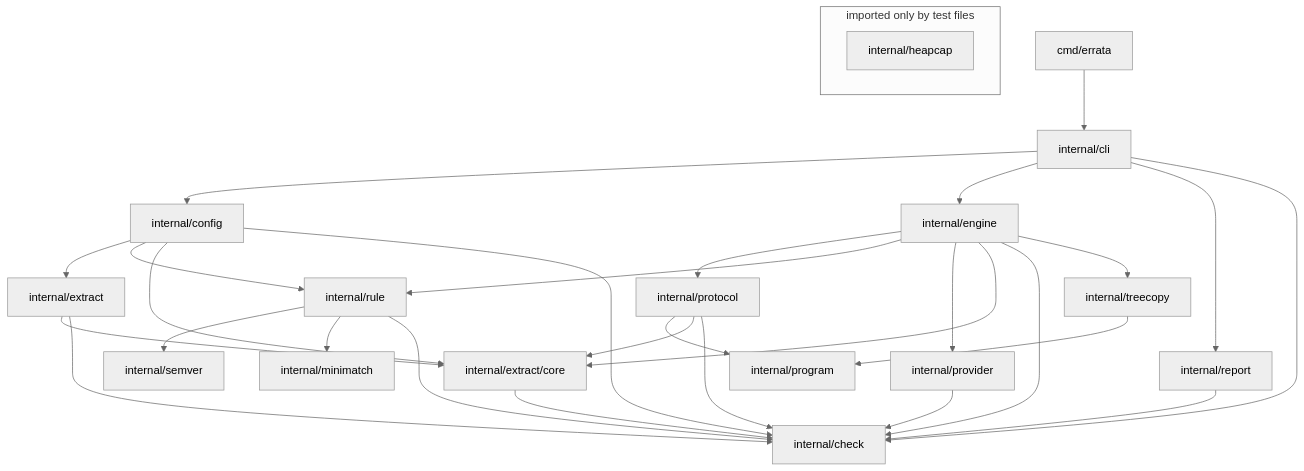
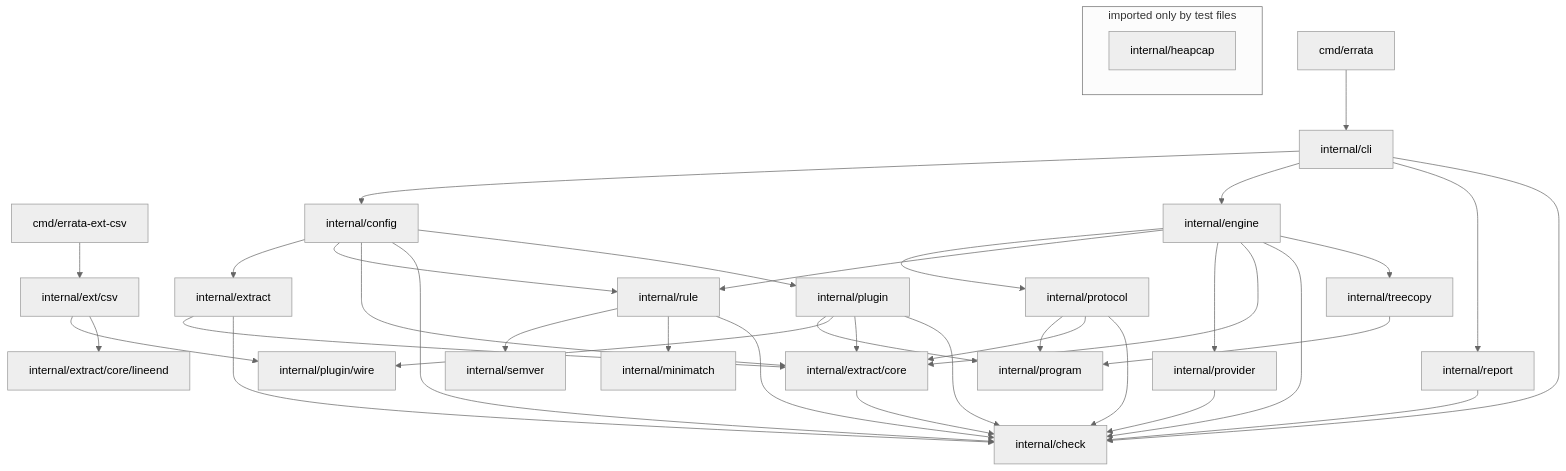
Before and after one commit to f-klement/errata: the second of 9 diagrams in docs/architecture.md, drawn with Mermaid (neutral theme). The commit also changed other lines of this file and 66 other files, not shown here.

````diff
--- a/docs/architecture.md
+++ b/docs/architecture.md
@@ -147,49 +164,62 @@
 ```mermaid
 flowchart TB
     %% packages: TestArchitectureDrawsEveryImport compares this graph with the imports
     cmd_errata["cmd/errata"]
+    cmd_errata_ext_csv["cmd/errata-ext-csv"]
+    extcsv["internal/ext/csv"]
+    lineend["internal/extract/core/lineend"]
     cli["internal/cli"]
     config["internal/config"]
     engine["internal/engine"]
     rule["internal/rule"]
     semver["internal/semver"]
     minimatch["internal/minimatch"]
     protocol["internal/protocol"]
     program["internal/program"]
+    plugin["internal/plugin"]
+    wire["internal/plugin/wire"]
     treecopy["internal/treecopy"]
     provider["internal/provider"]
     report["internal/report"]
     extract["internal/extract"]
     core["internal/extract/core"]
     check["internal/check"]
     subgraph testonly ["imported only by test files"]
         heapcap["internal/heapcap"]
     end
     cmd_errata --> cli
     cli --> config
     cli --> engine
     cli --> report
     cli --> check
     config --> extract
     config --> rule
     config --> core
     config --> check
+    config --> plugin
+    plugin --> program
+    plugin --> wire
+    plugin --> core
+    plugin --> check
+    cmd_errata_ext_csv --> extcsv
+    extcsv --> wire
+    extcsv --> lineend
     engine --> protocol
     engine --> rule
     engine --> provider
     engine --> core
     engine --> check
     engine --> treecopy
     treecopy --> program
     rule --> semver
     rule --> minimatch
     rule --> check
     protocol --> program
     protocol --> core
     protocol --> check
     provider --> check
     report --> check
     extract --> core
     extract --> check
     core --> check
 ```
````
